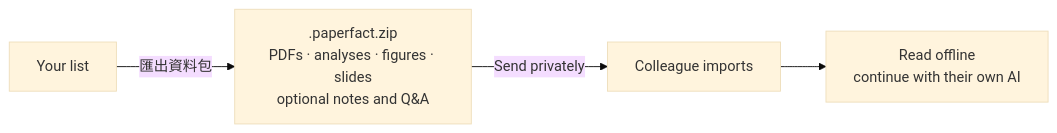
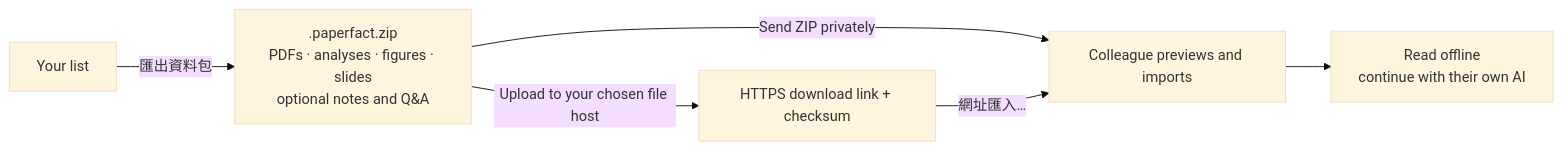
Before and after one commit to puddings-world/Paperfact: the first of 2 diagrams in README.md, drawn with Mermaid (base theme). The commit also changed other lines of this file and 14 other files, not shown here.

````diff
--- a/README.md
+++ b/README.md
@@ -123,6 +126,8 @@
 ```mermaid
 flowchart LR
     A["Your list"] -->|"匯出資料包"| B[".paperfact.zip<br/>PDFs · analyses · figures · slides<br/>optional notes and Q&A"]
-    B -->|"Send privately"| C["Colleague imports"]
+    B -->|"Send ZIP privately"| C["Colleague previews and imports"]
+    B -->|"Upload to your chosen file host"| E["HTTPS download link + checksum"]
+    E -->|"網址匯入…"| C
     C --> D["Read offline<br/>continue with their own AI"]
 ```
````
